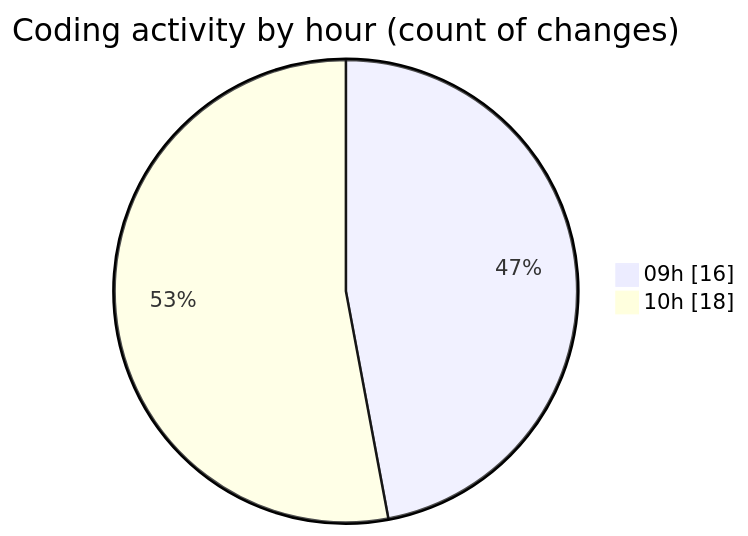
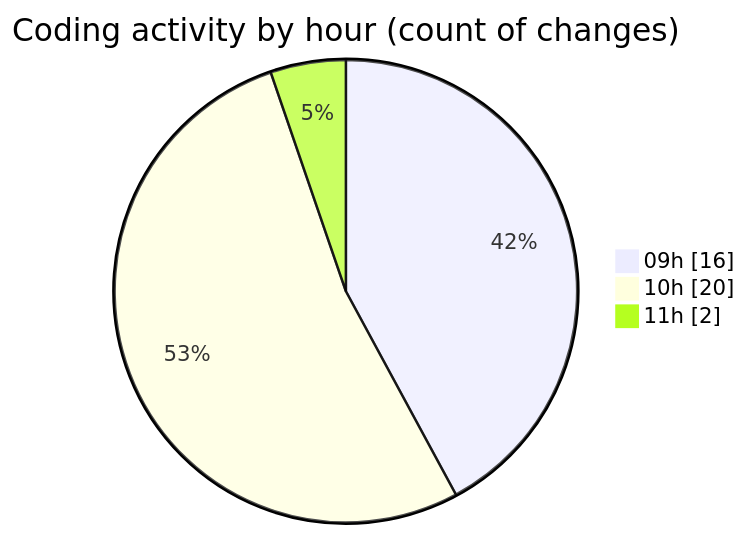
One commit to momahboobian/code-tracking changed the second of 2 diagrams in 2025-05-16/cda/README.md. Above: the diagram before and after it, drawn with Mermaid. The commit also changed other lines of this file and 1 other file, not shown here.

````diff
--- a/2025-05-16/cda/README.md
+++ b/2025-05-16/cda/README.md
@@ -41,6 +48,7 @@
 ```mermaid
 pie showData
 title Coding activity by hour (count of changes)
 "09h" : 16
-"10h" : 18
+"10h" : 20
+"11h" : 2
 ```
````
